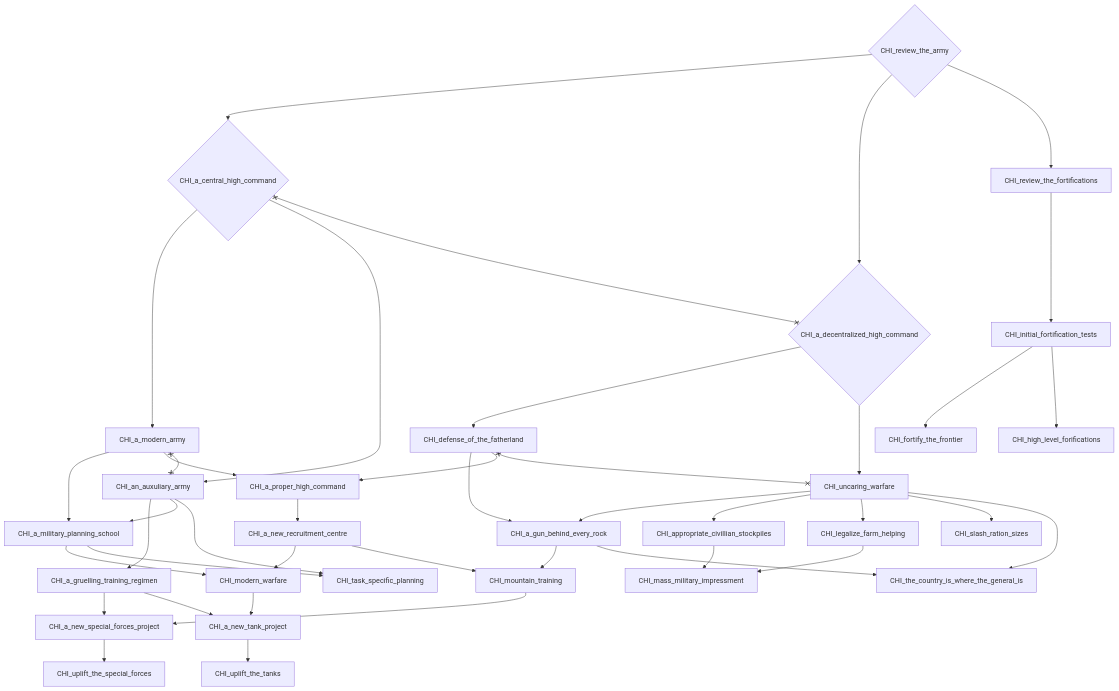
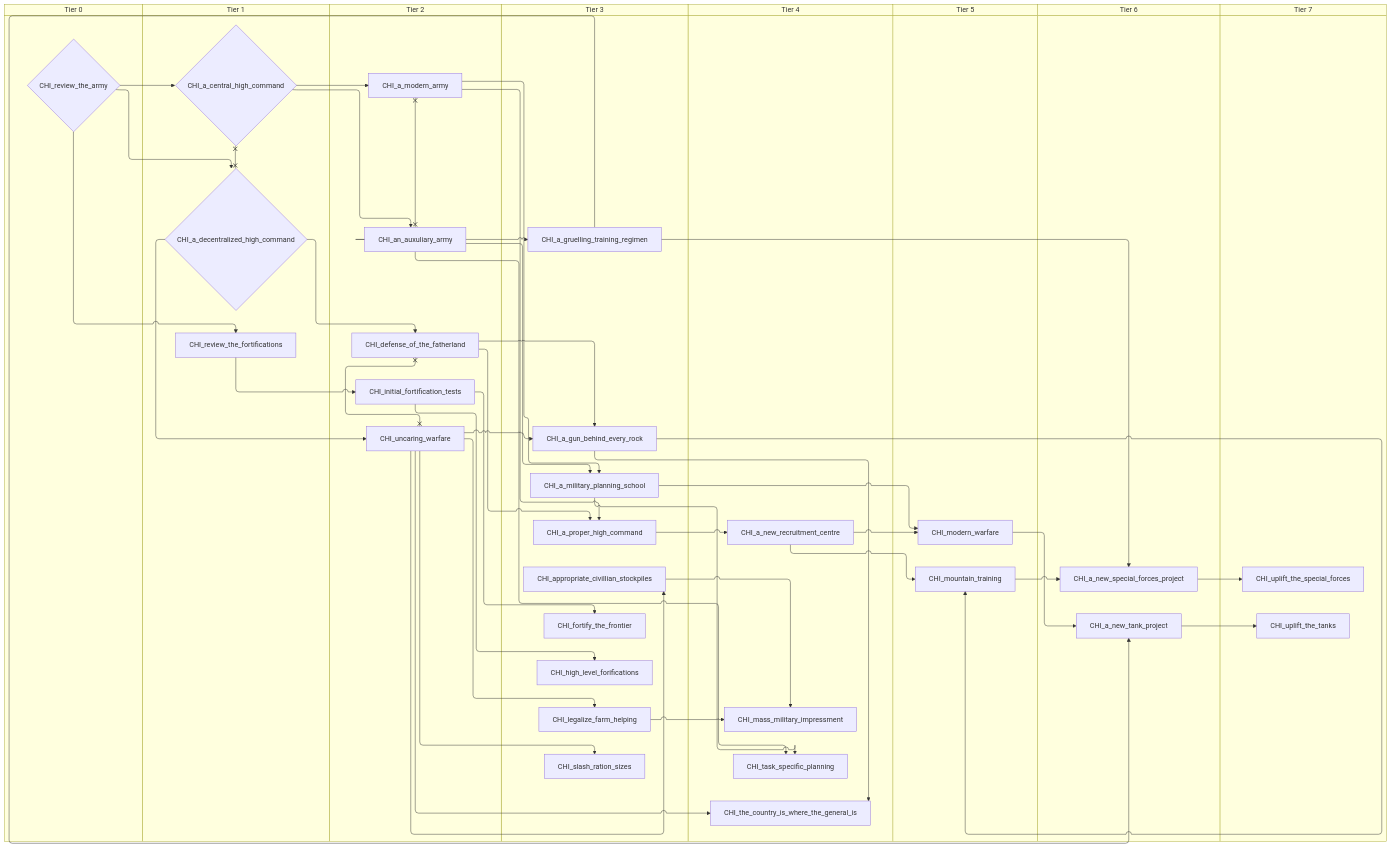
The fourth of 8 diagrams in docs/gdd/National Focuses/china_warlord.md (evgeny-sobol/hoi4-sandbox-mode-r56), drawn with Mermaid before and after one commit. The commit also changed other lines of this file and 423 other files, not shown here.

First line of the commit message:
Re-export Rt56 focus trees as swimlane diagrams

````diff
--- a/docs/gdd/National Focuses/china_warlord.md
+++ b/docs/gdd/National Focuses/china_warlord.md
@@ -302,71 +336,87 @@
 ```mermaid
-flowchart TD
-    n123{"CHI_a_central_high_command"}
-    n124{"CHI_a_decentralized_high_command"}
-    n125["CHI_a_gruelling_training_regimen"]
-    n126["CHI_a_gun_behind_every_rock"]
-    n127["CHI_a_military_planning_school"]
-    n128["CHI_a_modern_army"]
-    n129["CHI_a_new_recruitment_centre"]
-    n130["CHI_a_new_special_forces_project"]
-    n131["CHI_a_new_tank_project"]
-    n132["CHI_a_proper_high_command"]
-    n133["CHI_an_auxuliary_army"]
-    n134["CHI_appropriate_civillian_stockpiles"]
-    n135["CHI_defense_of_the_fatherland"]
-    n136["CHI_fortify_the_frontier"]
-    n137["CHI_high_level_forifications"]
-    n138["CHI_initial_fortification_tests"]
-    n139["CHI_legalize_farm_helping"]
-    n140["CHI_mass_military_impressment"]
-    n141["CHI_modern_warfare"]
-    n142["CHI_mountain_training"]
-    n143{"CHI_review_the_army"}
-    n144["CHI_review_the_fortifications"]
-    n145["CHI_slash_ration_sizes"]
-    n146["CHI_task_specific_planning"]
-    n147["CHI_the_country_is_where_the_general_is"]
-    n148["CHI_uncaring_warfare"]
-    n149["CHI_uplift_the_special_forces"]
-    n150["CHI_uplift_the_tanks"]
-    n143 --> n123
-    n143 --> n124
-    n133 --> n125
-    n135 --> n126
-    n148 --> n126
-    n133 --> n127
-    n128 --> n127
-    n123 --> n128
-    n132 --> n129
-    n125 --> n130
-    n142 --> n130
+swimlane-beta TD
+    subgraph tier_0["Tier 0"]
+        n123{"CHI_review_the_army"}
+    end
+    subgraph tier_1["Tier 1"]
+        n124{"CHI_a_central_high_command"}
+        n125{"CHI_a_decentralized_high_command"}
+        n126["CHI_review_the_fortifications"]
+    end
+    subgraph tier_2["Tier 2"]
+        n127["CHI_a_modern_army"]
+        n128["CHI_an_auxuliary_army"]
+        n129["CHI_defense_of_the_fatherland"]
+        n130["CHI_initial_fortification_tests"]
+        n131["CHI_uncaring_warfare"]
+    end
+    subgraph tier_3["Tier 3"]
+        n132["CHI_a_gruelling_training_regimen"]
+        n133["CHI_a_gun_behind_every_rock"]
+        n134["CHI_a_military_planning_school"]
+        n135["CHI_a_proper_high_command"]
+        n136["CHI_appropriate_civillian_stockpiles"]
+        n137["CHI_fortify_the_frontier"]
+        n138["CHI_high_level_forifications"]
+        n139["CHI_legalize_farm_helping"]
+        n140["CHI_slash_ration_sizes"]
+    end
+    subgraph tier_4["Tier 4"]
+        n141["CHI_a_new_recruitment_centre"]
+        n142["CHI_mass_military_impressment"]
+        n143["CHI_task_specific_planning"]
+        n144["CHI_the_country_is_where_the_general_is"]
+    end
+    subgraph tier_5["Tier 5"]
+        n145["CHI_modern_warfare"]
+        n146["CHI_mountain_training"]
+    end
+    subgraph tier_6["Tier 6"]
+        n147["CHI_a_new_special_forces_project"]
+        n148["CHI_a_new_tank_project"]
+    end
+    subgraph tier_7["Tier 7"]
+        n149["CHI_uplift_the_special_forces"]
+        n150["CHI_uplift_the_tanks"]
+    end
+    n123 --> n124
+    n123 --> n125
+    n128 --> n132
+    n129 --> n133
+    n131 --> n133
+    n128 --> n134
+    n127 --> n134
+    n124 --> n127
+    n135 --> n141
+    n132 --> n147
+    n146 --> n147
+    n132 --> n148
+    n145 --> n148
+    n127 --> n135
+    n129 --> n135
+    n124 --> n128
+    n131 --> n136
+    n125 --> n129
+    n130 --> n137
+    n130 --> n138
+    n126 --> n130
+    n131 --> n139
+    n139 --> n142
+    n136 --> n142
+    n141 --> n145
+    n134 --> n145
+    n141 --> n146
+    n133 --> n146
+    n123 --> n126
+    n131 --> n140
+    n128 --> n143
+    n134 --> n143
+    n131 --> n144
+    n133 --> n144
     n125 --> n131
-    n141 --> n131
-    n128 --> n132
-    n135 --> n132
-    n123 --> n133
-    n148 --> n134
-    n124 --> n135
-    n138 --> n136
-    n138 --> n137
-    n144 --> n138
-    n148 --> n139
-    n139 --> n140
-    n134 --> n140
-    n129 --> n141
-    n127 --> n141
-    n129 --> n142
-    n126 --> n142
-    n143 --> n144
-    n148 --> n145
-    n133 --> n146
-    n127 --> n146
-    n148 --> n147
-    n126 --> n147
-    n124 --> n148
-    n130 --> n149
-    n131 --> n150
-    n123 x--x n124
-    n128 x--x n133
-    n135 x--x n148
+    n147 --> n149
+    n148 --> n150
+    n124 x--x n125
+    n127 x--x n128
+    n129 x--x n131
 ```
````
